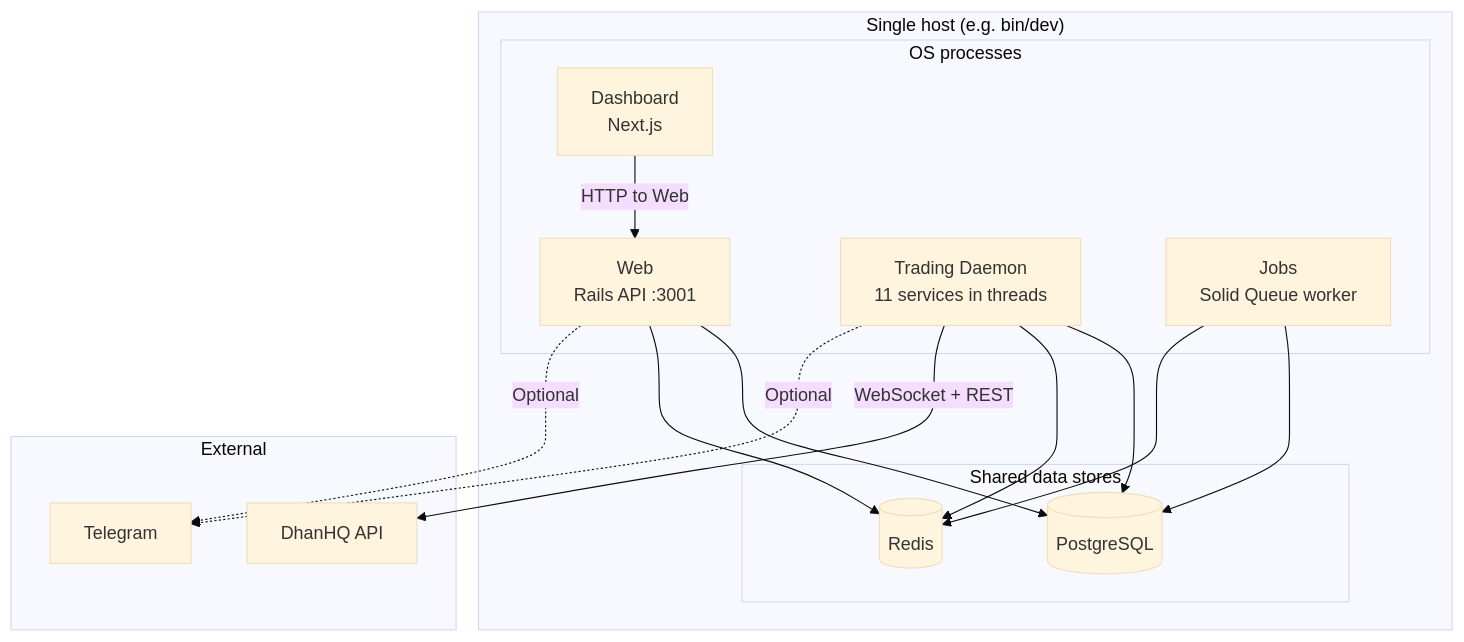
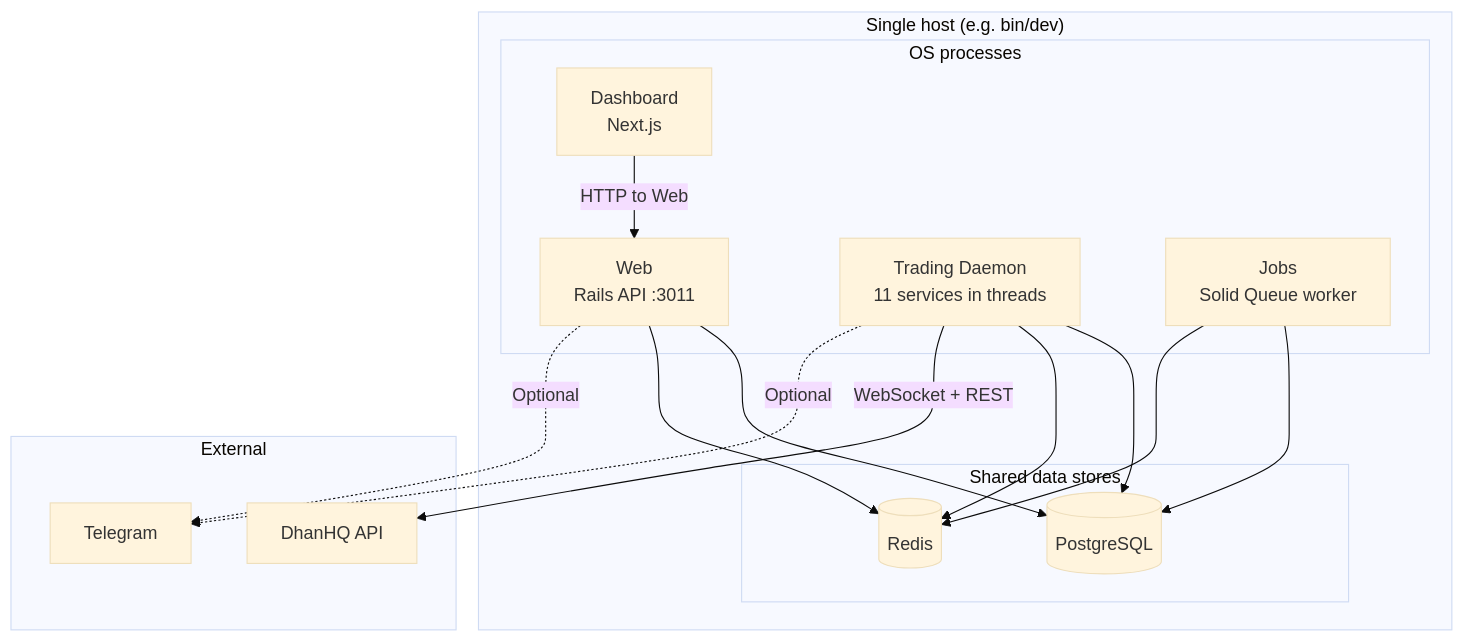
Before and after one commit to shubhamtaywade82/algo_scalper_api: the second of 9 diagrams in docs/architecture/diagrams/complete-system-diagrams.md, drawn with Mermaid (base theme). The commit also changed other lines of this file and 11 other files, not shown here.

Commit message:
chore: update default Rails API port to 3011 and update dashboard proxy configuration

````diff
--- a/docs/architecture/diagrams/complete-system-diagrams.md
+++ b/docs/architecture/diagrams/complete-system-diagrams.md
@@ -48,32 +48,32 @@
 ```mermaid
 flowchart TB
     subgraph Host["Single host (e.g. bin/dev)"]
         subgraph Processes["OS processes"]
-            Web["Web<br/>Rails API :3001"]
+            Web["Web<br/>Rails API :3011"]
             Daemon["Trading Daemon<br/>11 services in threads"]
             Jobs["Jobs<br/>Solid Queue worker"]
             Dashboard["Dashboard<br/>Next.js"]
         end
 
         subgraph DataStores["Shared data stores"]
             PG[(PostgreSQL)]
             Redis[(Redis)]
         end
     end
 
     subgraph External["External"]
         DhanHQ[DhanHQ API]
         Telegram[Telegram]
     end
 
     Web --> PG
     Web --> Redis
     Daemon --> PG
     Daemon --> Redis
     Jobs --> PG
     Jobs --> Redis
     Dashboard -->|"HTTP to Web"| Web
     Daemon -->|"WebSocket + REST"| DhanHQ
     Web -.->|"Optional"| Telegram
     Daemon -.->|"Optional"| Telegram
 ```
````
